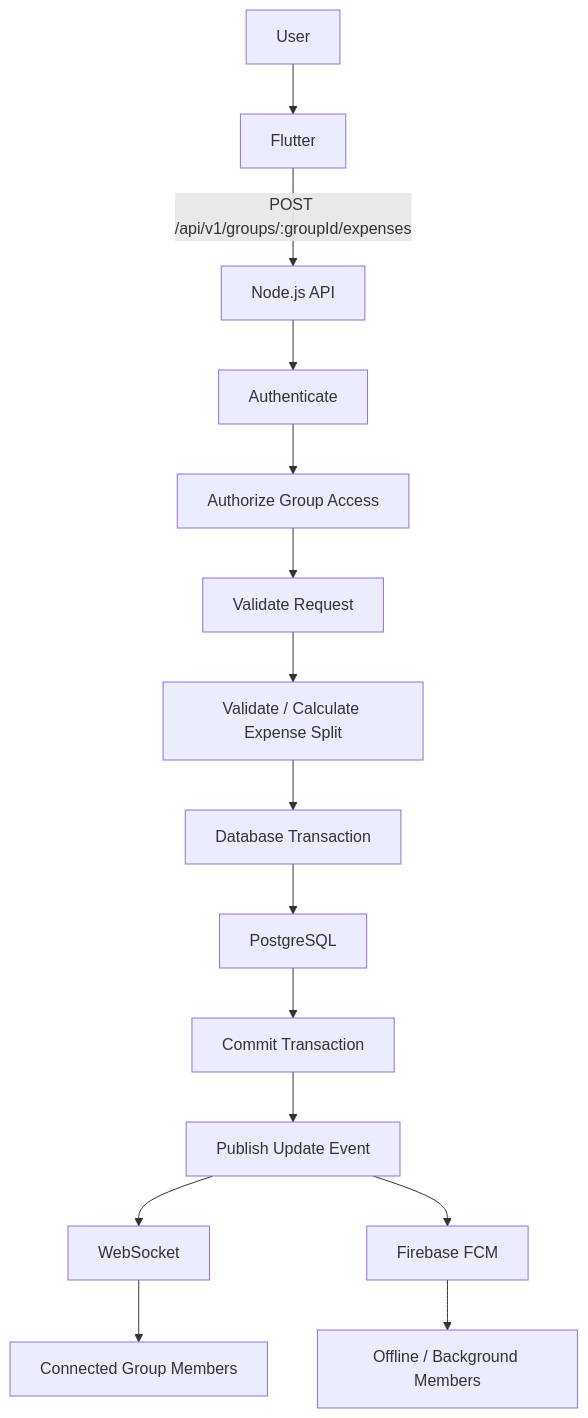
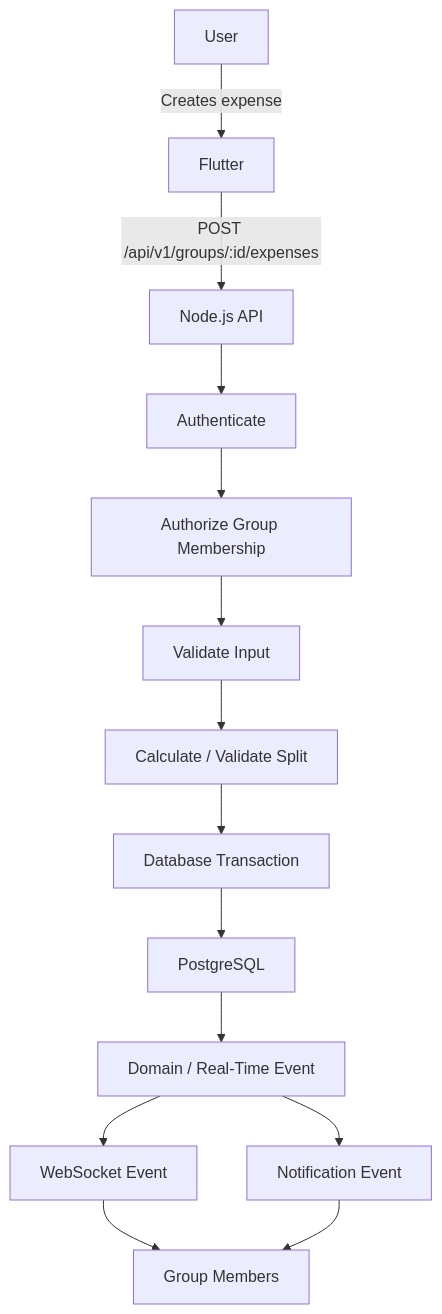
One commit to rajparihar281/SplitLedger changed the fifth of 8 diagrams in docs/architecture/system-requirements.md. Above: the diagram before and after it, drawn with Mermaid. The commit also changed other lines of this file, not shown here.

Commit message:
Refactor system requirements documentation: restructure sections, enhance clarity, and expand on functional and non-functional requirements for SplitLedger application.

````diff
--- a/docs/architecture/system-requirements.md
+++ b/docs/architecture/system-requirements.md
@@ -694,26 +910,41 @@
 ```mermaid
 flowchart TD
-    U["User"] --> F["Flutter"]
 
-    F -->|"POST /api/v1/groups/:groupId/expenses"| N["Node.js API"]
+    USER["User"]
+    FLUTTER["Flutter"]
 
-    N --> AUTH["Authenticate"]
-    AUTH --> AUTHZ["Authorize Group Access"]
-    AUTHZ --> VALIDATE["Validate Request"]
+    API["Node.js API"]
 
-    VALIDATE --> SPLIT["Validate / Calculate Expense Split"]
+    AUTH["Authenticate"]
+    AUTHZ["Authorize Group Membership"]
+    VALIDATE["Validate Input"]
+    SPLIT["Calculate / Validate Split"]
+    TX["Database Transaction"]
 
-    SPLIT --> TX["Database Transaction"]
+    DB["PostgreSQL"]
 
-    TX --> DB["PostgreSQL"]
+    EVENT["Domain / Real-Time Event"]
+    WS["WebSocket Event"]
+    NOTIF["Notification Event"]
 
-    DB --> COMMIT["Commit Transaction"]
+    MEMBERS["Group Members"]
 
-    COMMIT --> EVENT["Publish Update Event"]
+    USER -->|"Creates expense"| FLUTTER
 
-    EVENT --> WS["WebSocket"]
-    EVENT --> FCM["Firebase FCM"]
+    FLUTTER -->|"POST /api/v1/groups/:id/expenses"| API
 
-    WS --> MEMBERS["Connected Group Members"]
-    FCM --> NOTIFIED["Offline / Background Members"]
+    API --> AUTH
+    AUTH --> AUTHZ
+    AUTHZ --> VALIDATE
+    VALIDATE --> SPLIT
+    SPLIT --> TX
+    TX --> DB
+
+    DB --> EVENT
+
+    EVENT --> WS
+    EVENT --> NOTIF
+
+    WS --> MEMBERS
+    NOTIF --> MEMBERS
 ```
````
